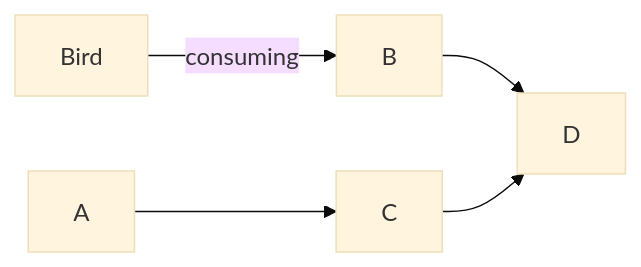
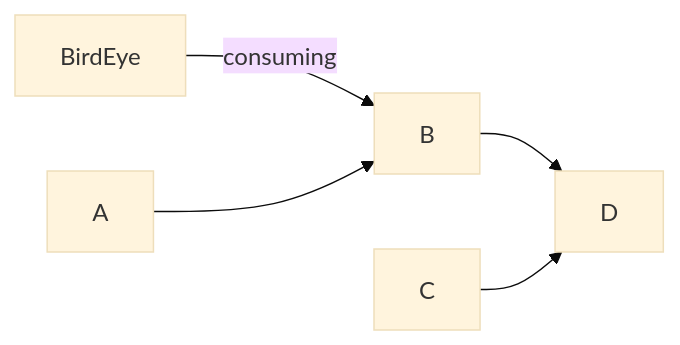
The diagram in README.md (faruksajeeb/edds), drawn with Mermaid (base theme) before and after one commit. The commit also changed other lines of this file and 37 other files, not shown here.

````diff
--- a/README.md
+++ b/README.md
@@ -28,7 +31,7 @@
 ```mermaid
 graph LR;
-    Bird--consuming-->B;
-    A-->C;
+    BirdEye--consuming-->B;
+    A-->B;
     B-->D;
     C-->D;
 ```
````
